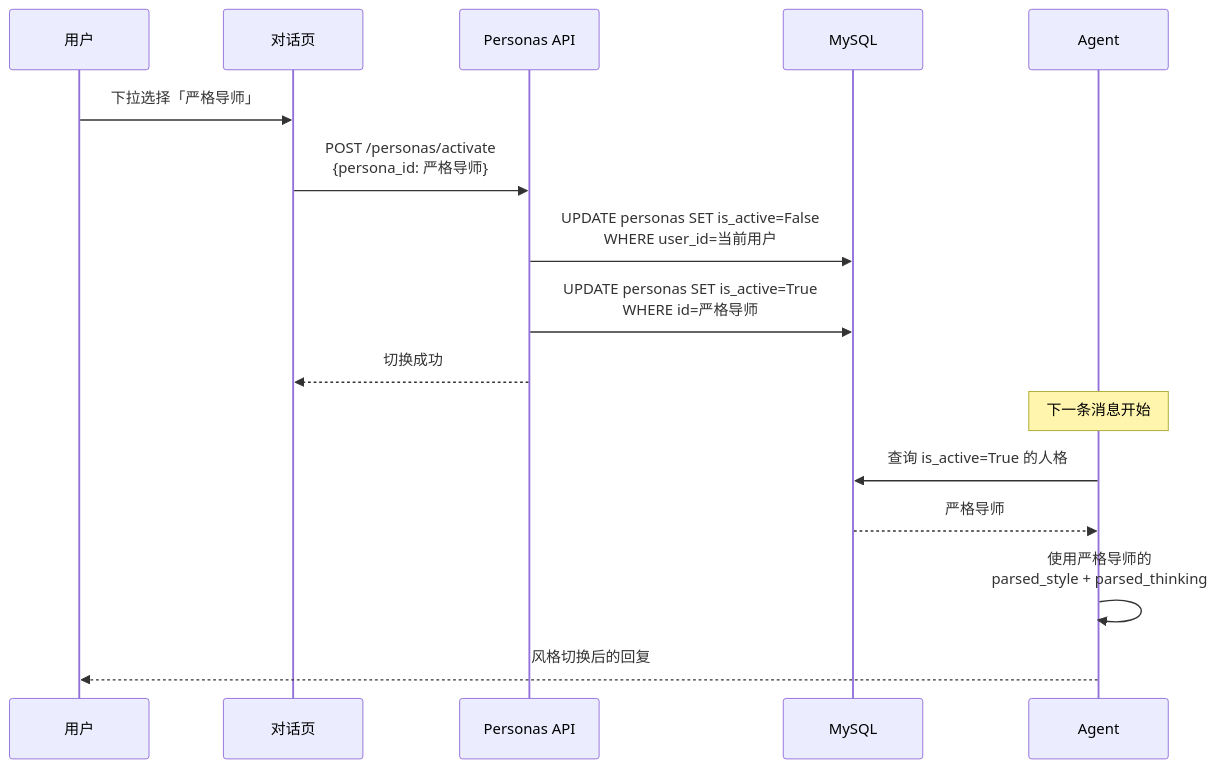
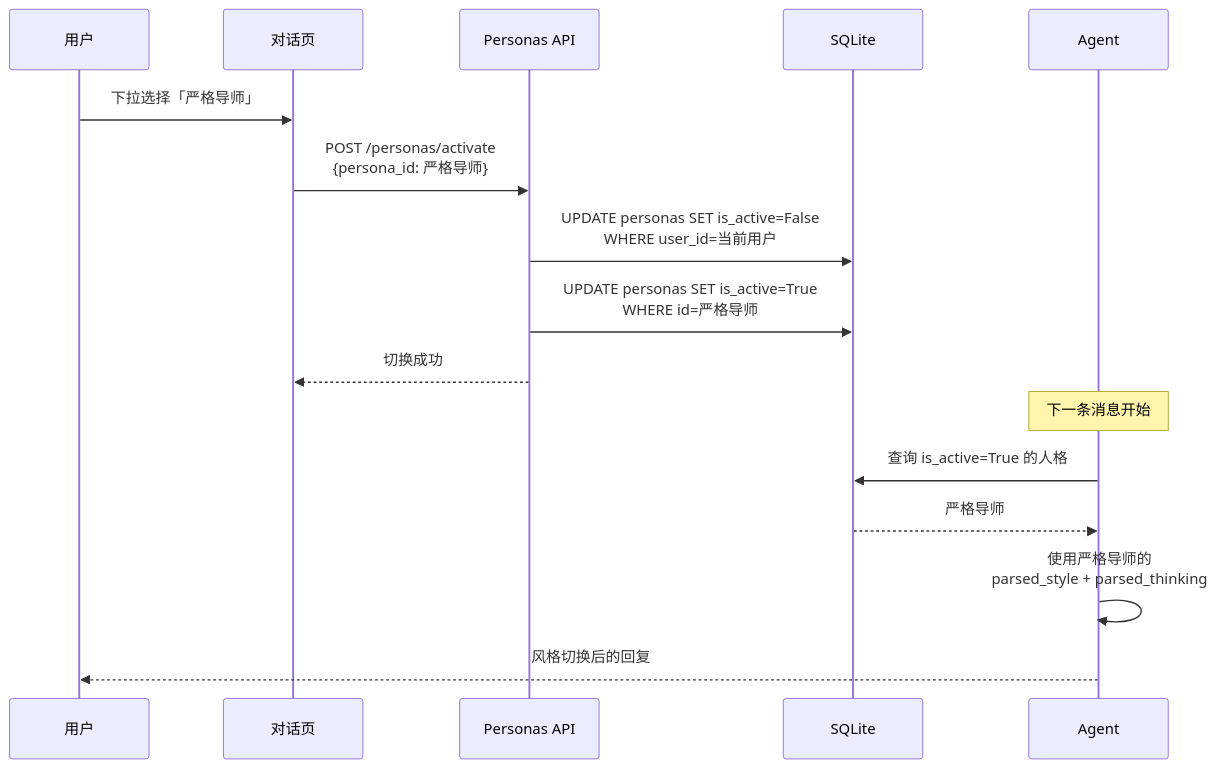
One commit to Griffin-Benjamin/ai-assistant changed diagram 13 of 18 in docs/architecture.md. Above: the diagram before and after it, drawn with Mermaid. The commit also changed other lines of this file and 3 other files, not shown here.

````diff
--- a/docs/architecture.md
+++ b/docs/architecture.md
@@ -766,20 +766,20 @@
 ```mermaid
 sequenceDiagram
     participant User as 用户
     participant UI as 对话页
     participant API as Personas API
-    participant DB as MySQL
+    participant DB as SQLite
     participant Agent as Agent
 
     User->>UI: 下拉选择「严格导师」
     UI->>API: POST /personas/activate<br/>{persona_id: 严格导师}
     API->>DB: UPDATE personas SET is_active=False<br/>WHERE user_id=当前用户
     API->>DB: UPDATE personas SET is_active=True<br/>WHERE id=严格导师
     API-->>UI: 切换成功
     
     Note over Agent: 下一条消息开始
     Agent->>DB: 查询 is_active=True 的人格
     DB-->>Agent: 严格导师
     Agent->>Agent: 使用严格导师的<br/>parsed_style + parsed_thinking
     Agent-->>User: 风格切换后的回复
 ```
````
